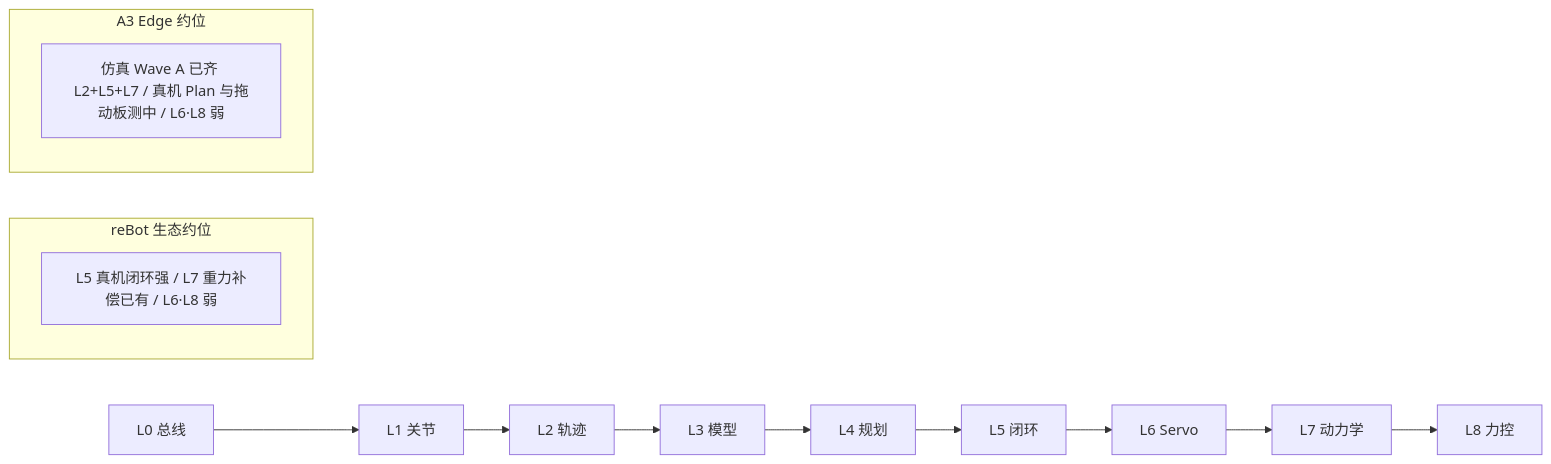
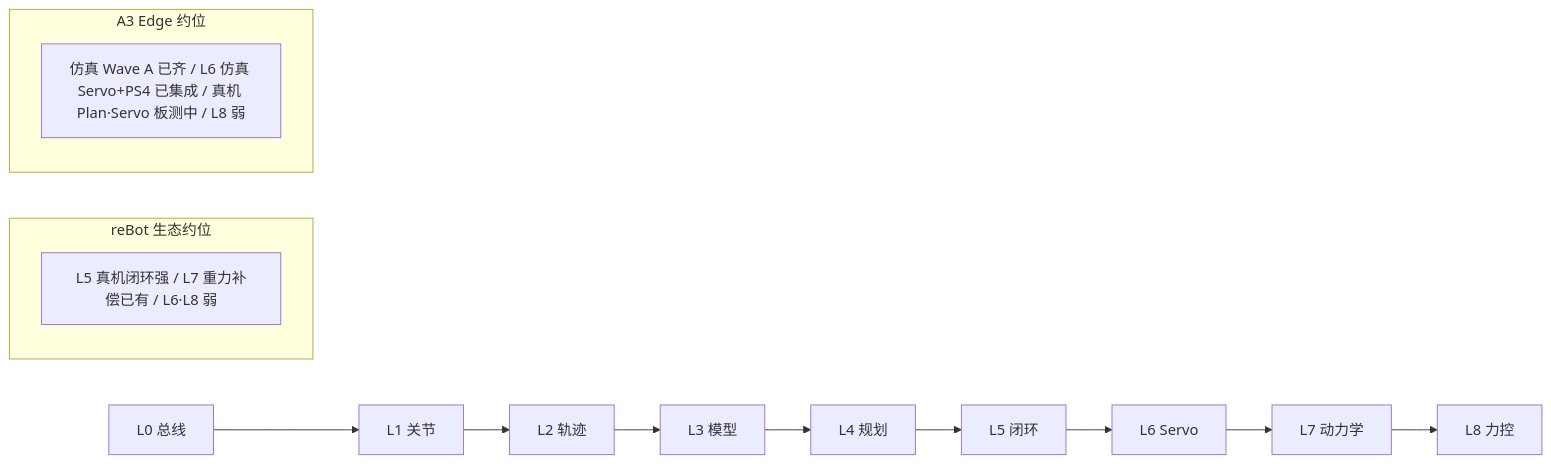
Before and after one commit to deep-diary/a3_arm_ws: the third of 4 diagrams in docs/shared/CONTROL_ROADMAP.md, drawn with Mermaid. The commit also changed other lines of this file and 5 other files, not shown here.

````diff
--- a/docs/shared/CONTROL_ROADMAP.md
+++ b/docs/shared/CONTROL_ROADMAP.md
@@ -270,13 +271,13 @@
 ```mermaid
 flowchart LR
     L0[L0 总线] --> L1[L1 关节] --> L2[L2 轨迹] --> L3[L3 模型] --> L4[L4 规划]
     L4 --> L5[L5 闭环] --> L6[L6 Servo] --> L7[L7 动力学] --> L8[L8 力控]
 
     subgraph reBotPos [reBot 生态约位]
         R["L5 真机闭环强 / L7 重力补偿已有 / L6·L8 弱"]
     end
 
     subgraph a3Pos [A3 Edge 约位]
-        A["仿真 Wave A 已齐 L2+L5+L7 / 真机 Plan 与拖动板测中 / L6·L8 弱"]
+        A["仿真 Wave A 已齐 / L6 仿真 Servo+PS4 已集成 / 真机 Plan·Servo 板测中 / L8 弱"]
     end
 ```
````
